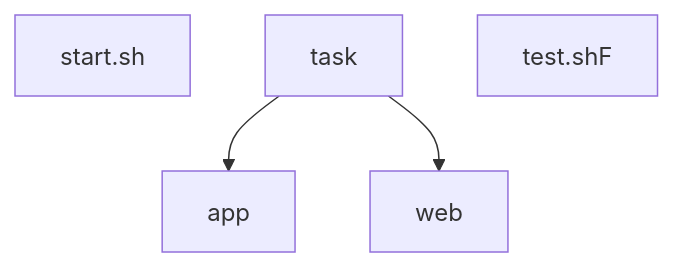
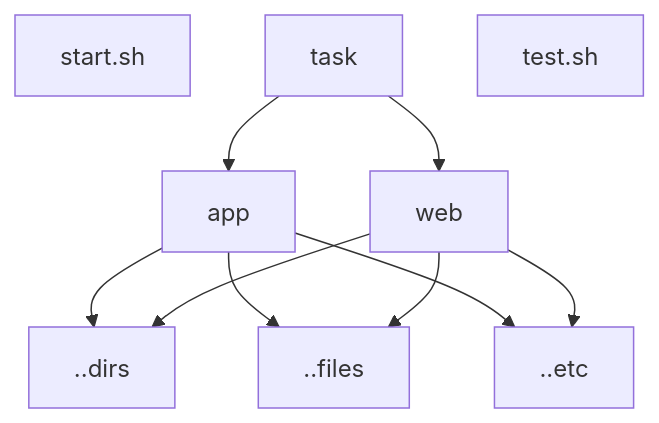
Before and after one commit to 102vosit/task: the diagram in README.md, drawn with Mermaid.

````diff
--- a/README.md
+++ b/README.md
@@ -29,7 +29,13 @@
 ```mermaid
 graph TD;
     start.sh;
     task-->app;
     task-->web;
-    test.shF;
+    test.sh;
+    app-->..dirs;
+    app-->..files;
+    app-->..etc;
+    web-->..dirs;
+    web-->..files;
+    web-->..etc;
 ```
````
